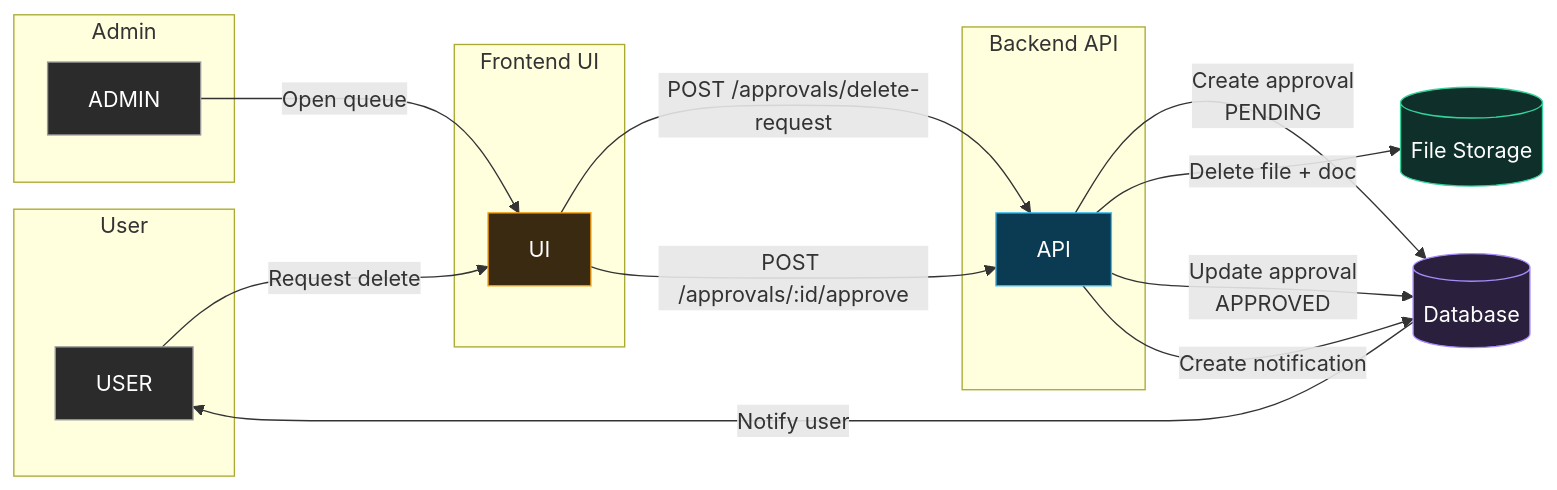
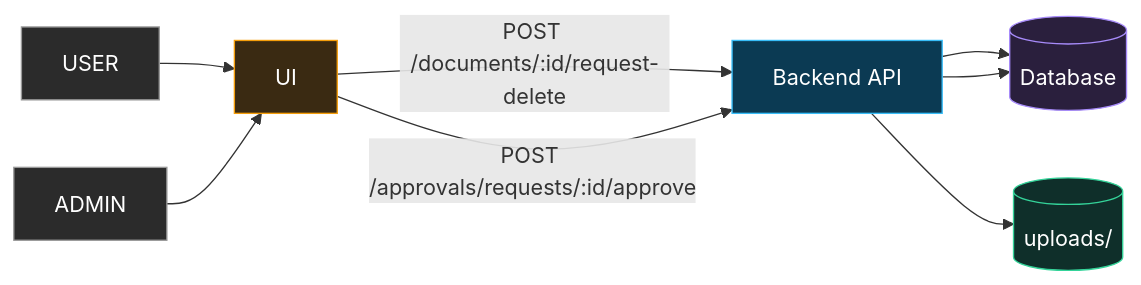
One commit to ichsanx/dms-fullstack-cybermax-v6 changed the fourth of 5 diagrams in README.md. Above: the diagram before and after it, drawn with Mermaid. The commit also changed other lines of this file, not shown here.

````diff
--- a/README.md
+++ b/README.md
@@ -341,40 +280,17 @@
 ```mermaid
 flowchart LR
-  %% Styles
   classDef actor fill:#2b2b2b,stroke:#999,color:#fff;
   classDef ui fill:#3a2a12,stroke:#f59e0b,color:#fff;
   classDef api fill:#0b3a53,stroke:#38bdf8,color:#fff;
   classDef store fill:#0f2f2a,stroke:#34d399,color:#fff;
   classDef db fill:#2a1f3d,stroke:#a78bfa,color:#fff;
 
-  subgraph USER[User]
-    U[USER]:::actor
-  end
+  U[USER]:::actor --> UI[UI]:::ui
+  UI -->|POST /documents/:id/request-delete| API[Backend API]:::api
+  API --> DB[(Database)]:::db
 
-  subgraph ADMIN[Admin]
-    A[ADMIN]:::actor
-  end
-
-  subgraph FE[Frontend UI]
-    UI[UI]:::ui
-  end
-
-  subgraph BE[Backend API]
-    API[API]:::api
-  end
-
-  FS[(File Storage)]:::store
-  DB[(Database)]:::db
-
-  U -->|Request delete| UI
-  UI -->|POST /approvals/delete-request| API
-  API -->|Create approval<br/>PENDING| DB
-
-  A -->|Open queue| UI
-  UI -->|POST /approvals/:id/approve| API
-
-  API -->|Delete file + doc| FS
-  API -->|Update approval<br/>APPROVED| DB
-  API -->|Create notification| DB
-  DB -->|Notify user| U
+  A[ADMIN]:::actor --> UI
+  UI -->|POST /approvals/requests/:id/approve| API
+  API --> FS[(uploads/)]:::store
+  API --> DB
 ```
````
